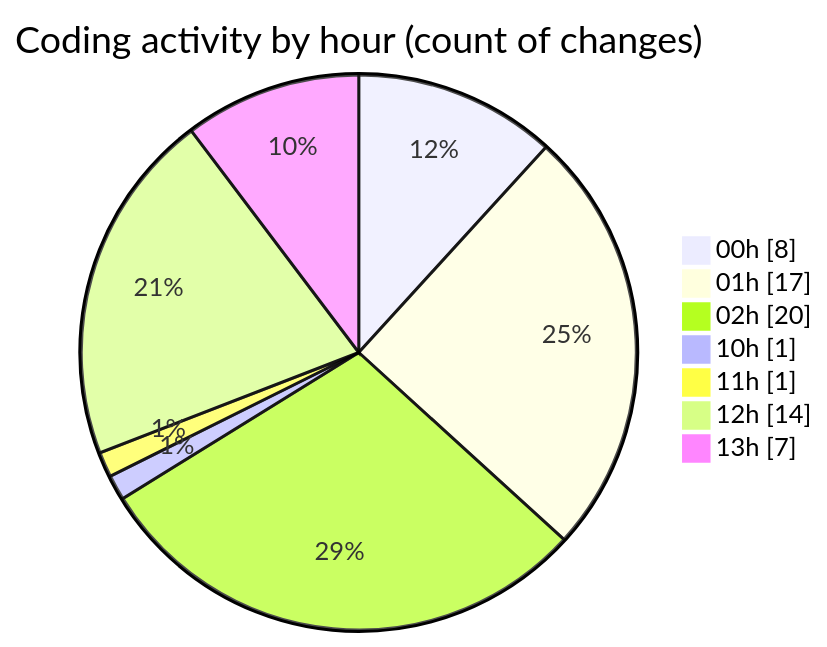
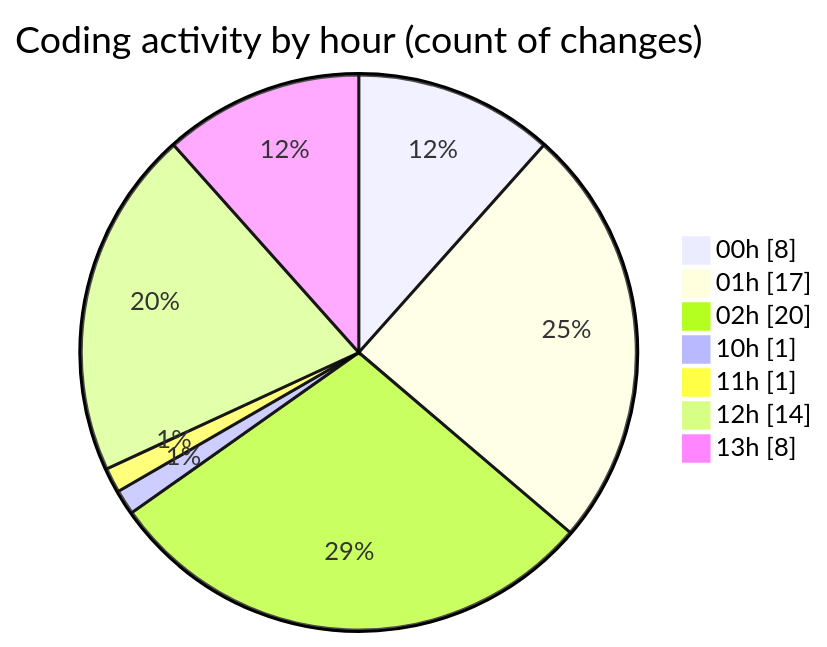
Before and after one commit to Elitesun/code-tracking: the second of 2 diagrams in 2025-05-02/niten/README.md, drawn with Mermaid. The commit also changed other lines of this file and 1 other file, not shown here.

````diff
--- a/2025-05-02/niten/README.md
+++ b/2025-05-02/niten/README.md
@@ -53,11 +53,11 @@
 ```mermaid
 pie showData
 title Coding activity by hour (count of changes)
 "00h" : 8
 "01h" : 17
 "02h" : 20
 "10h" : 1
 "11h" : 1
 "12h" : 14
-"13h" : 7
+"13h" : 8
 ```
````
